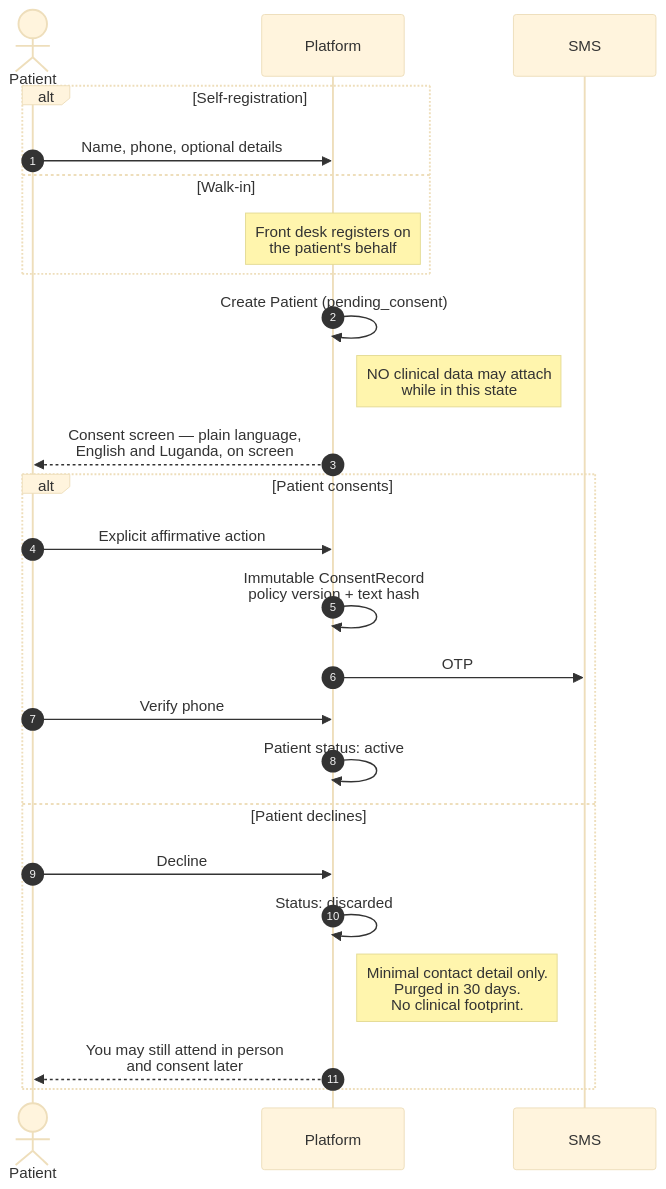
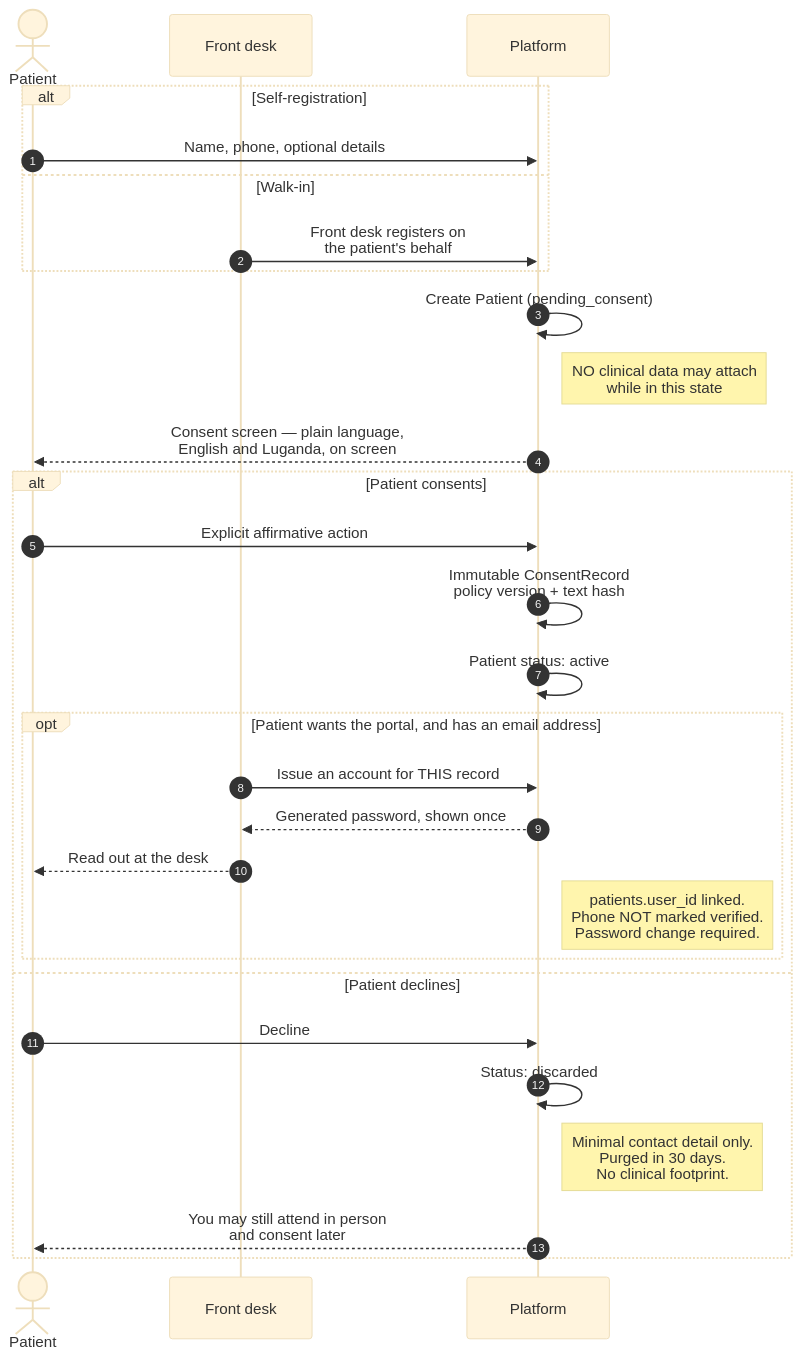
The diagram in docs/10-product/prd-h2-patient-registration-consent.md (BAGOMBEKA-JOB-DEV/carevelo), drawn with Mermaid (base theme) before and after one commit. The commit also changed other lines of this file and 112 other files, not shown here.

````diff
--- a/docs/10-product/prd-h2-patient-registration-consent.md
+++ b/docs/10-product/prd-h2-patient-registration-consent.md
@@ -27,29 +27,33 @@
 ```mermaid
 sequenceDiagram
     autonumber
     actor Pt as Patient
+    participant FD as Front desk
     participant P as Platform
-    participant S as SMS
 
     alt Self-registration
         Pt->>P: Name, phone, optional details
     else Walk-in
-        Note over P: Front desk registers on<br/>the patient's behalf
+        FD->>P: Front desk registers on<br/>the patient's behalf
     end
     P->>P: Create Patient (pending_consent)
     Note right of P: NO clinical data may attach<br/>while in this state
 
     P-->>Pt: Consent screen — plain language,<br/>English and Luganda, on screen
     alt Patient consents
         Pt->>P: Explicit affirmative action
         P->>P: Immutable ConsentRecord<br/>policy version + text hash
-        P->>S: OTP
-        Pt->>P: Verify phone
         P->>P: Patient status: active
+        opt Patient wants the portal, and has an email address
+            FD->>P: Issue an account for THIS record
+            P-->>FD: Generated password, shown once
+            FD-->>Pt: Read out at the desk
+            Note right of P: patients.user_id linked.<br/>Phone NOT marked verified.<br/>Password change required.
+        end
     else Patient declines
         Pt->>P: Decline
         P->>P: Status: discarded
         Note right of P: Minimal contact detail only.<br/>Purged in 30 days.<br/>No clinical footprint.
         P-->>Pt: You may still attend in person<br/>and consent later
     end
 ```
````
